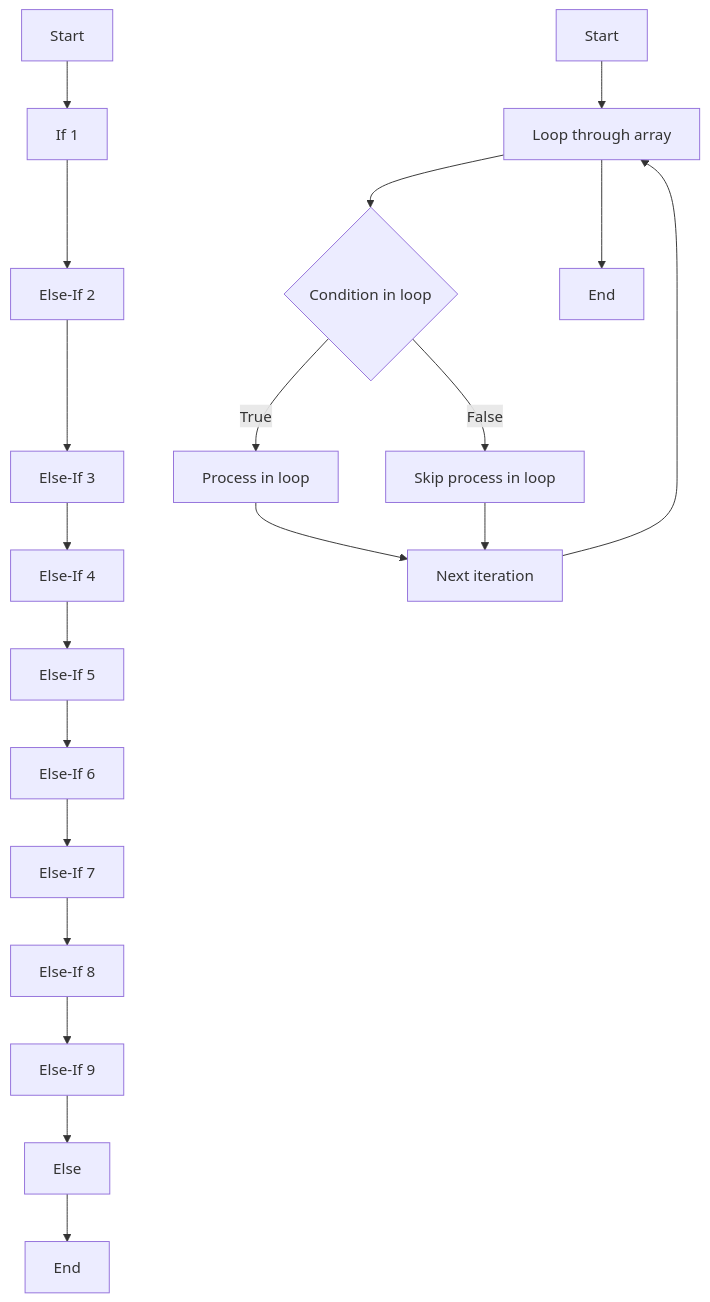
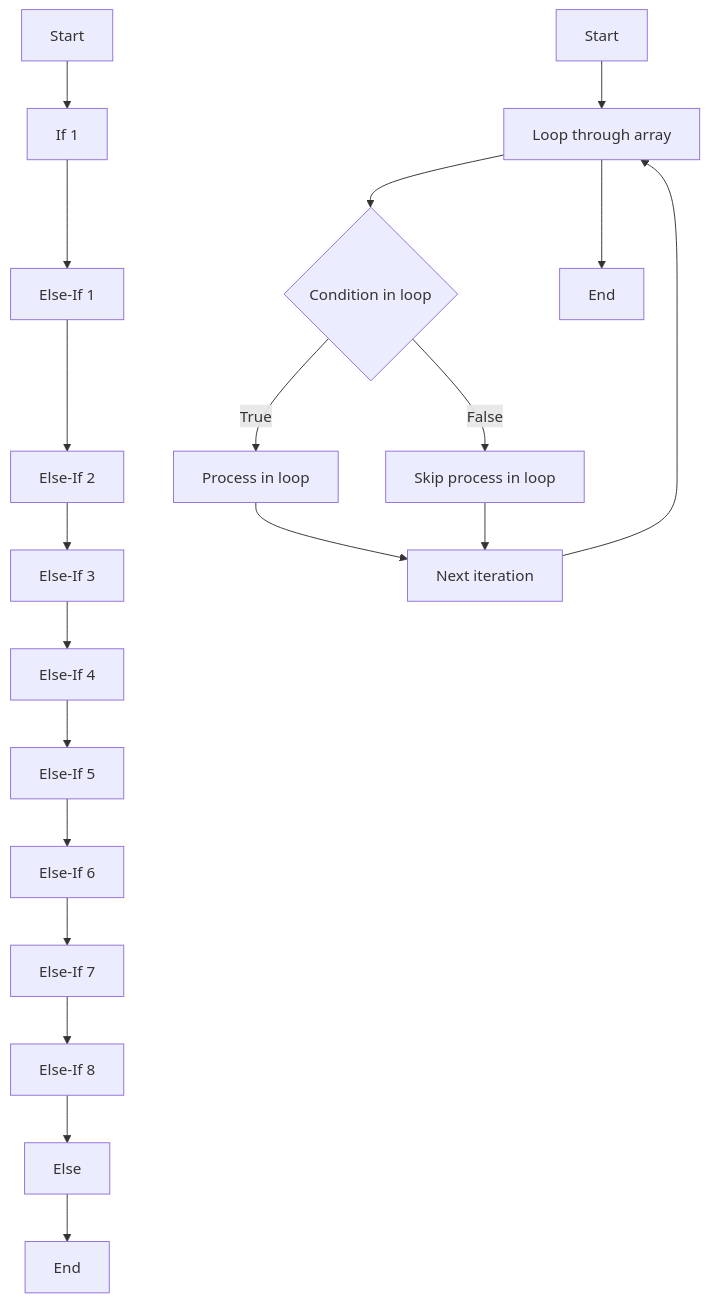
Before and after one commit to Alex-Rafter/wiki: the third of 3 diagrams in daily/2023-05-13.md, drawn with Mermaid.

````diff
--- a/daily/2023-05-13.md
+++ b/daily/2023-05-13.md
@@ -80,26 +80,26 @@
 ```mermaid
 
 flowchart TD
-A[Start] --> B[If 1]
-B --> C[Else-If 2]
-C --> D[Else-If 3]
-D --> E[Else-If 4]
-E --> F[Else-If 5]
-F --> G[Else-If 6]
-G --> H[Else-If 7]
-H --> I[Else-If 8]
-I --> J[Else-If 9]
+A[Start] --> B["If 1"]
+B --> C[Else-If 1]
+C --> D[Else-If 2]
+D --> E[Else-If 3]
+E --> F[Else-If 4]
+F --> G[Else-If 5]
+G --> H[Else-If 6]
+H --> I[Else-If 7]
+I --> J[Else-If 8]
 J --> K[Else]
 K --> L[End]
 
 
 M[Start] --> N[Loop through array]
 N --> O{Condition in loop}
 O -- True --> P[Process in loop]
 O -- False --> Q[Skip process in loop]
 P --> R[Next iteration]
 Q --> R
 R --> N
 N --> S[End]
 
 ```
````
